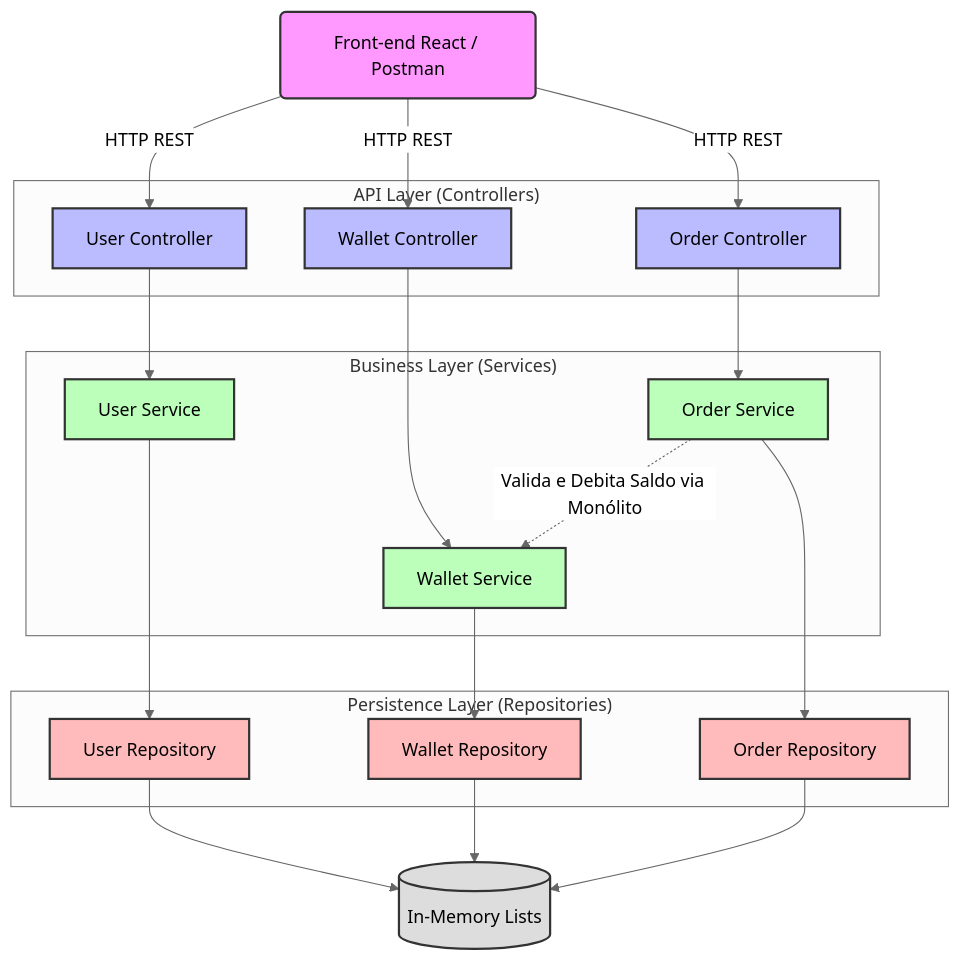
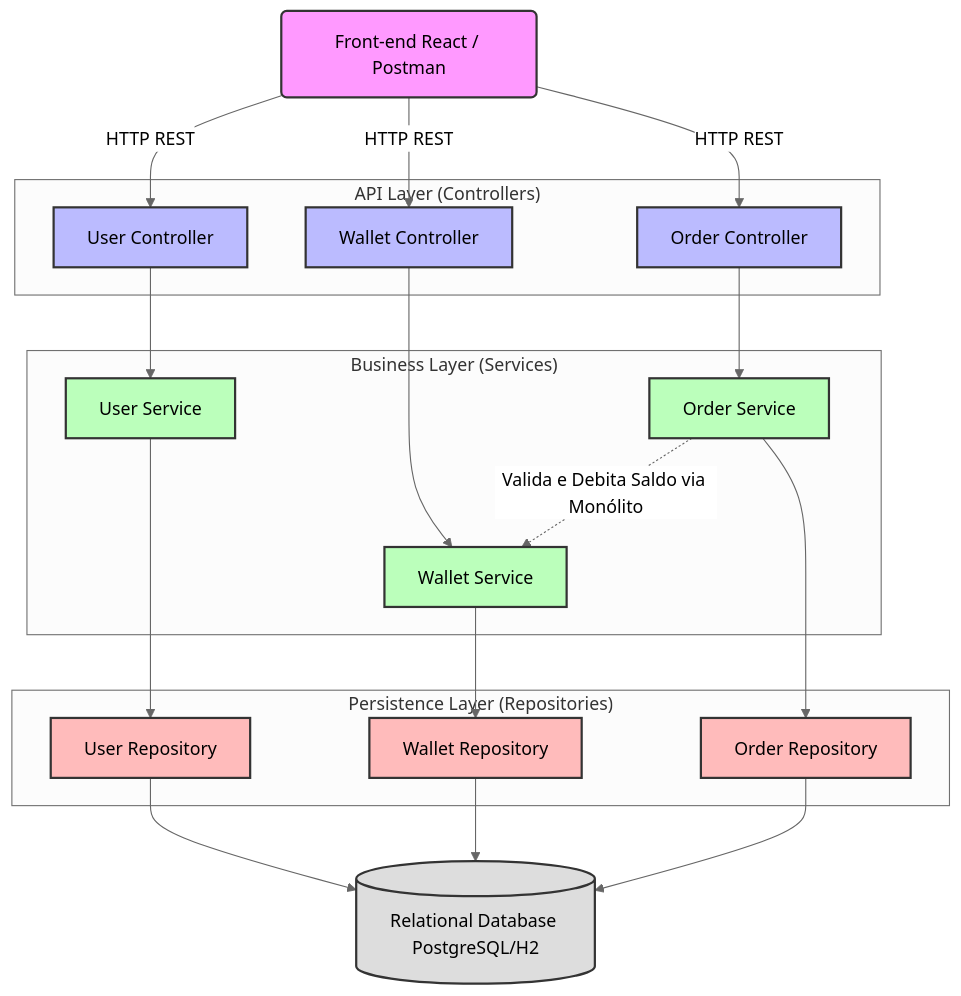
Before and after one commit to leonardo-muniz/ese-pb-2026: the first of 2 diagrams in README.md, drawn with Mermaid (neutral theme). The commit also changed other lines of this file, not shown here.

Commit message:
docs: update README to reflect changes in persistence strategy and architecture for TP2

````diff
--- a/README.md
+++ b/README.md
@@ -89,49 +94,49 @@
 ```mermaid
 graph TD
     classDef client fill:#f9f,stroke:#333,stroke-width:2px,color:#000;
     classDef controller fill:#bbf,stroke:#333,stroke-width:2px,color:#000;
     classDef service fill:#bfb,stroke:#333,stroke-width:2px,color:#000;
     classDef repository fill:#fbb,stroke:#333,stroke-width:2px,color:#000;
     classDef database fill:#ddd,stroke:#333,stroke-width:2px,color:#000;
 
     Client(Front-end React / Postman):::client
 
     subgraph "API Layer (Controllers)"
         UC[User Controller]:::controller
         WC[Wallet Controller]:::controller
         TC[Order Controller]:::controller
     end
 
     subgraph "Business Layer (Services)"
         US[User Service]:::service
         WS[Wallet Service]:::service
         TS[Order Service]:::service
     end
 
     subgraph "Persistence Layer (Repositories)"
         UR[User Repository]:::repository
         WR[Wallet Repository]:::repository
         TR[Order Repository]:::repository
     end
 
-    DB[(In-Memory Lists)]:::database
+    DB[(Relational Database PostgreSQL/H2)]:::database
 
     Client -->|HTTP REST| UC
     Client -->|HTTP REST| WC
     Client -->|HTTP REST| TC
 
     UC --> US
     WC --> WS
     TC --> TS
 
     TS -.->|Valida e Debita Saldo via Monólito| WS
 
     US --> UR
     WS --> WR
     TS --> TR
 
     UR --> DB
     WR --> DB
     TR --> DB
 
 ```
````
